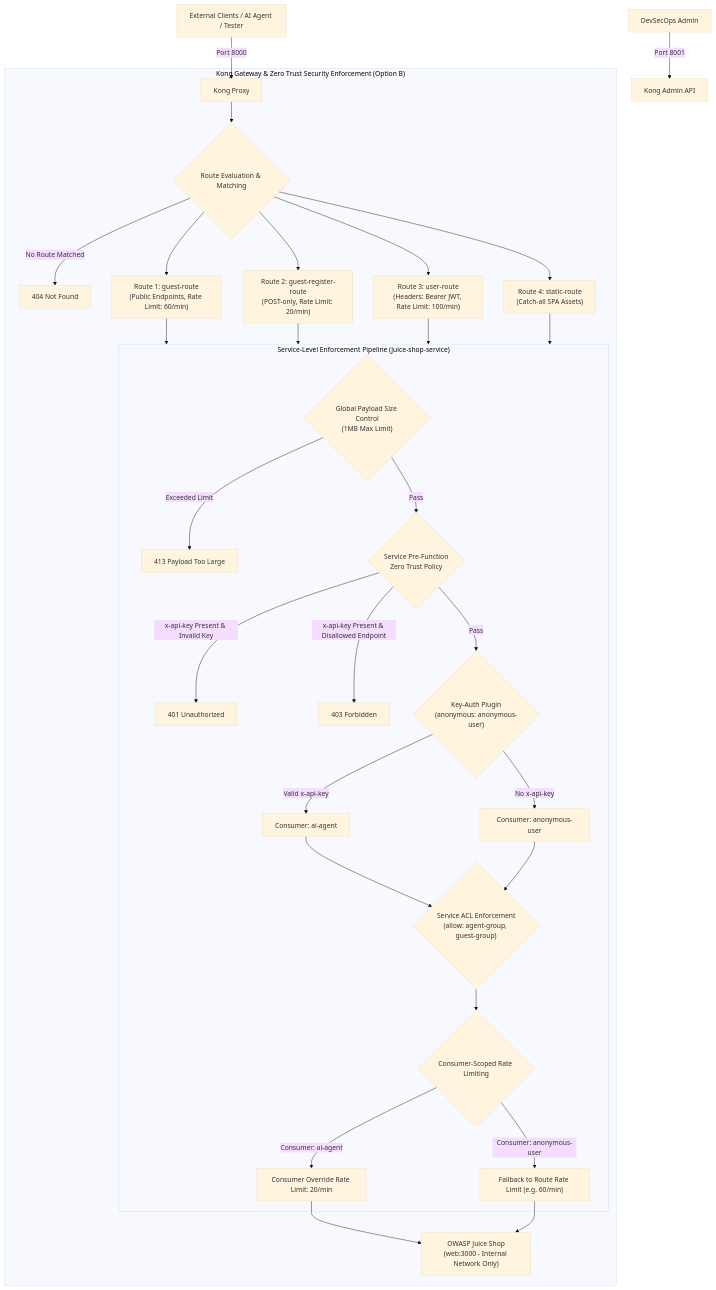
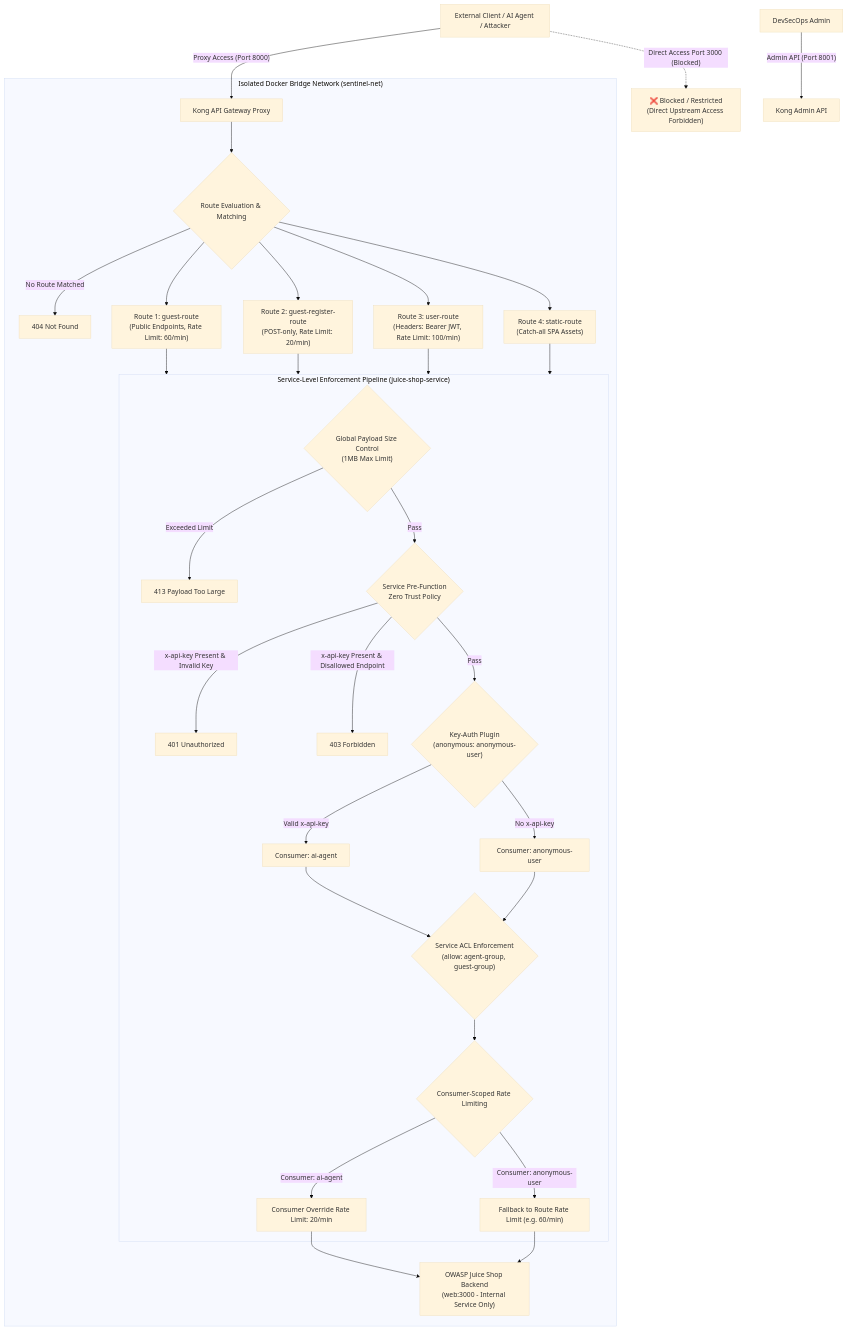
The first of 2 diagrams in docs/reports/week4-report.md (HuanNT03/SOC_Gateway_for_Juice-shop), drawn with Mermaid (base theme) before and after one commit. The commit also changed other lines of this file, not shown here.

Commit message:
docs(report): bổ sung minh họa Network Isolation ngăn cổng trực tiếp 3000 trong sơ đồ tuần 4

````diff
--- a/docs/reports/week4-report.md
+++ b/docs/reports/week4-report.md
@@ -5,46 +5,51 @@
 ```mermaid
 flowchart TD
-    Client["External Clients / AI Agent / Tester"] -->|"Port 8000"| KongProxy["Kong Proxy"]
-    Admin["DevSecOps Admin"] -->|"Port 8001"| KongAdmin["Kong Admin API"]
+    ClientExt["External Client / AI Agent / Attacker"]
+    AdminExt["DevSecOps Admin"]
+
+    AdminExt -->|"Admin API (Port 8001)"| KongAdmin["Kong Admin API"]
     
-    subgraph IsolatedNetwork["Kong Gateway & Zero Trust Security Enforcement (Option B)"]
+    ClientExt -->|"Proxy Access (Port 8000)"| KongProxy["Kong API Gateway Proxy"]
+    ClientExt -.->|"Direct Access Port 3000 (Blocked)"| DirectBlock["❌ Blocked / Restricted<br>(Direct Upstream Access Forbidden)"]
+
+    subgraph SentinelNet["Isolated Docker Bridge Network (sentinel-net)"]
         KongProxy --> Router{"Route Evaluation & Matching"}
 
         Router -->|"No Route Matched"| Resp404["404 Not Found"]
         
         Router --> RouteGuest["Route 1: guest-route<br>(Public Endpoints, Rate Limit: 60/min)"]
         Router --> RouteRegister["Route 2: guest-register-route<br>(POST-only, Rate Limit: 20/min)"]
         Router --> RouteUser["Route 3: user-route<br>(Headers: Bearer JWT, Rate Limit: 100/min)"]
         Router --> RouteStatic["Route 4: static-route<br>(Catch-all SPA Assets)"]
 
         RouteGuest --> ServicePipeline
         RouteRegister --> ServicePipeline
         RouteUser --> ServicePipeline
         RouteStatic --> ServicePipeline
 
         subgraph ServicePipeline["Service-Level Enforcement Pipeline (juice-shop-service)"]
             PayloadControl{"Global Payload Size Control<br>(1MB Max Limit)"}
             PayloadControl -->|"Exceeded Limit"| Resp413["413 Payload Too Large"]
             PayloadControl -->|"Pass"| PreFunction{"Service Pre-Function<br>Zero Trust Policy"}
 
             PreFunction -->|"x-api-key Present & Invalid Key"| Resp401["401 Unauthorized"]
             PreFunction -->|"x-api-key Present & Disallowed Endpoint"| Resp403["403 Forbidden"]
             PreFunction -->|"Pass"| KeyAuth{"Key-Auth Plugin<br>(anonymous: anonymous-user)"}
 
             KeyAuth -->|"Valid x-api-key"| ConsAgent["Consumer: ai-agent"]
             KeyAuth -->|"No x-api-key"| ConsGuest["Consumer: anonymous-user"]
 
             ConsAgent --> ACL{"Service ACL Enforcement<br>(allow: agent-group, guest-group)"}
             ConsGuest --> ACL
 
             ACL --> RateEval{"Consumer-Scoped Rate Limiting"}
             RateEval -->|"Consumer: ai-agent"| LimitAgent["Consumer Override Rate Limit: 20/min"]
             RateEval -->|"Consumer: anonymous-user"| LimitGuest["Fallback to Route Rate Limit (e.g. 60/min)"]
         end
 
         LimitAgent --> JuiceShop
         LimitGuest --> JuiceShop
+        
+        JuiceShop["OWASP Juice Shop Backend<br>(web:3000 - Internal Service Only)"]
     end
-    
-    JuiceShop["OWASP Juice Shop<br>(web:3000 - Internal Network Only)"]
 ```
````
